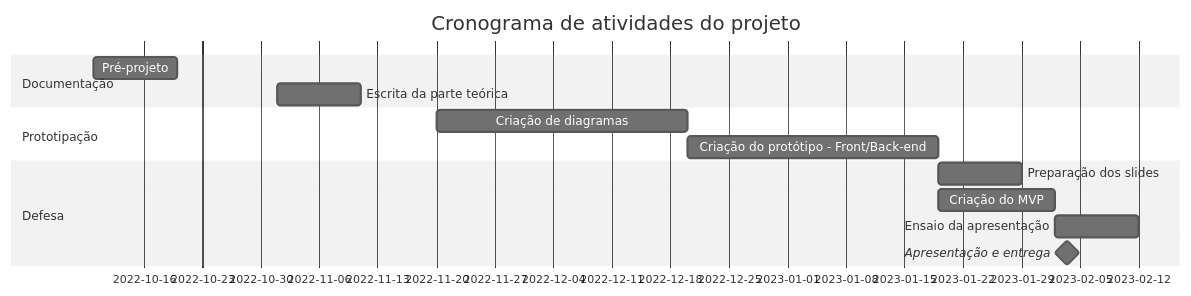
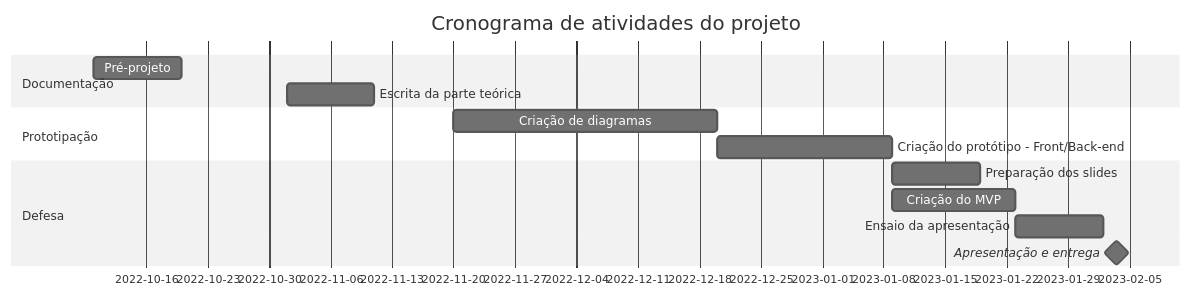
One commit to AgathaSena/Projeto-Integrador changed the diagram in README.md. Above: the diagram before and after it, drawn with Mermaid (neutral theme).

````diff
--- a/README.md
+++ b/README.md
@@ -8,16 +8,16 @@
   ```mermaid
     gantt
     title Cronograma de atividades do projeto
     dateFormat  YYYY-MM-DD
     section Documentação
     Pré-projeto     :a1, 2022-10-10, 10d
     Escrita da parte teórica  :a2, 2022-11-01, 10d
     section Prototipação
     Criação de diagramas     :       c2,  2022-11-20, 30d
-    Criação do protótipo - Front/Back-end      :c3,     after c2, 30d
+    Criação do protótipo - Front/Back-end      :c3,     after c2, 20d
     section Defesa
     Preparação dos slides :p1, after c3, 10d
     Criação do MVP:p2, after c3, 14d
     Ensaio da apresentação :p3, after p2, 10d
     Apresentação e entrega  :milestone, 2023-02-01, 5d
 ``` 
````
